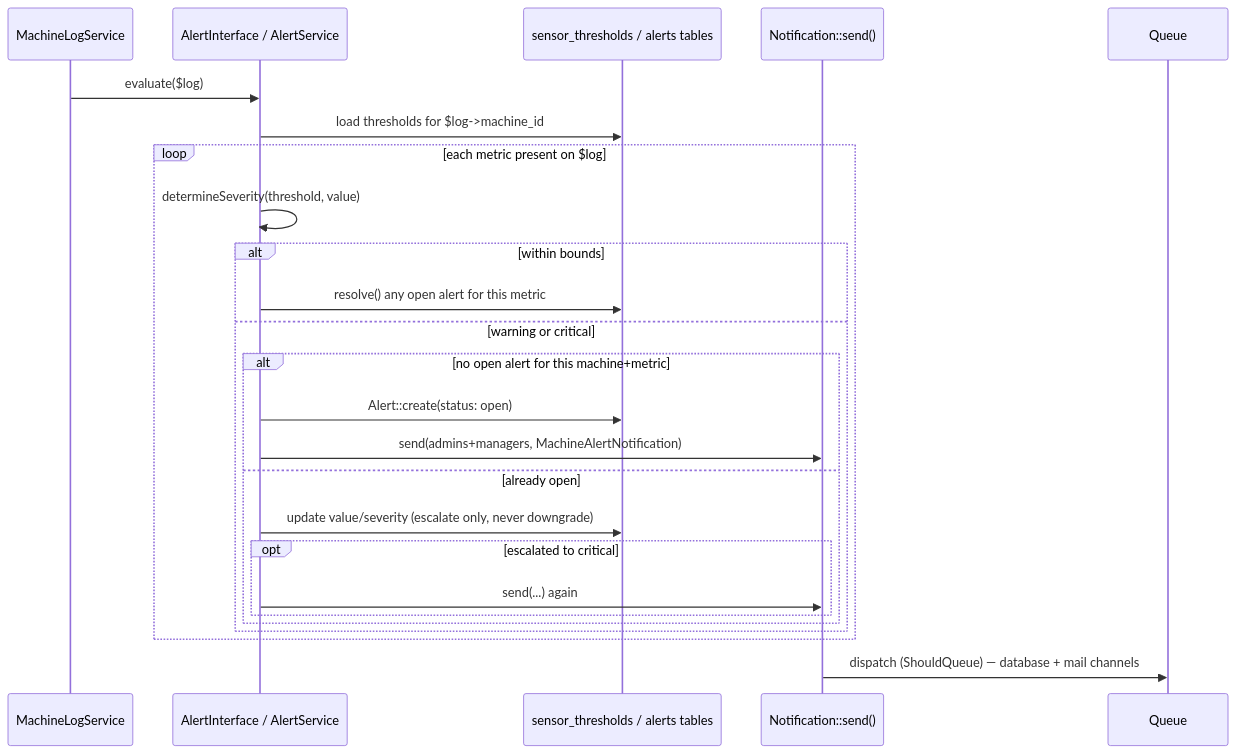
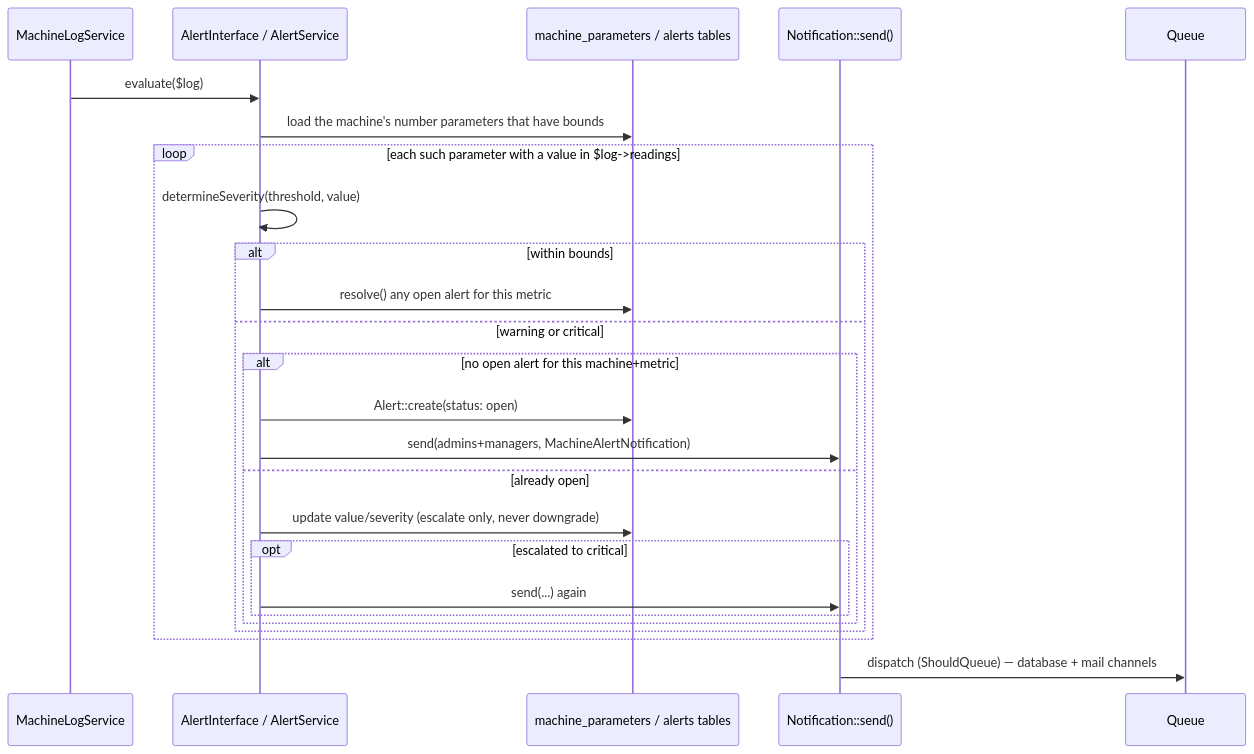
Before and after one commit to Zarathustra09/BMS_VISHAY: the fifth of 7 diagrams in docs/02-architecture.md, drawn with Mermaid. The commit also changed other lines of this file and 51 other files, not shown here.

````diff
--- a/docs/02-architecture.md
+++ b/docs/02-architecture.md
@@ -127,28 +127,28 @@
 ```mermaid
 sequenceDiagram
     participant Svc as MachineLogService
     participant Alert as AlertInterface / AlertService
-    participant DB as sensor_thresholds / alerts tables
+    participant DB as machine_parameters / alerts tables
     participant Notif as Notification::send()
     participant Queue
 
     Svc->>Alert: evaluate($log)
-    Alert->>DB: load thresholds for $log->machine_id
-    loop each metric present on $log
+    Alert->>DB: load the machine's number parameters that have bounds
+    loop each such parameter with a value in $log->readings
         Alert->>Alert: determineSeverity(threshold, value)
         alt within bounds
             Alert->>DB: resolve() any open alert for this metric
         else warning or critical
             alt no open alert for this machine+metric
                 Alert->>DB: Alert::create(status: open)
                 Alert->>Notif: send(admins+managers, MachineAlertNotification)
             else already open
                 Alert->>DB: update value/severity (escalate only, never downgrade)
                 opt escalated to critical
                     Alert->>Notif: send(...) again
                 end
             end
         end
     end
     Notif->>Queue: dispatch (ShouldQueue) — database + mail channels
 ```
````
